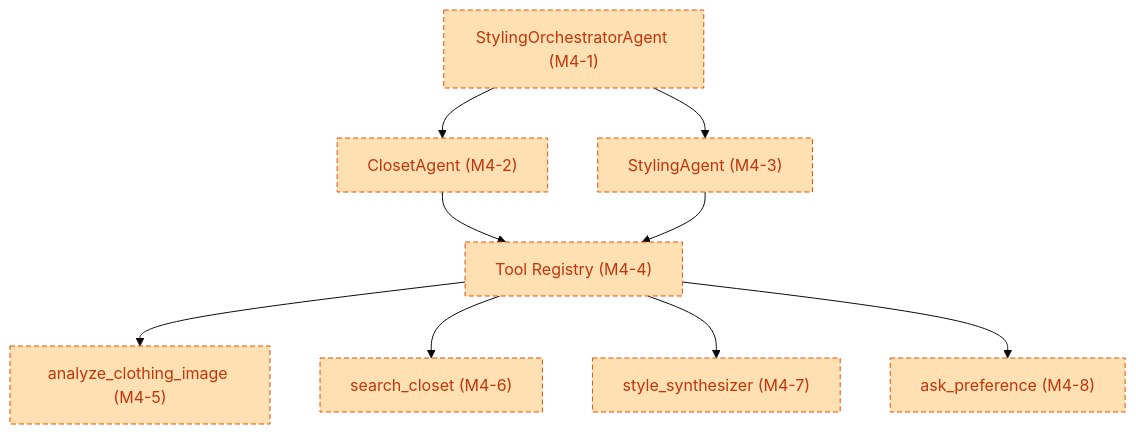
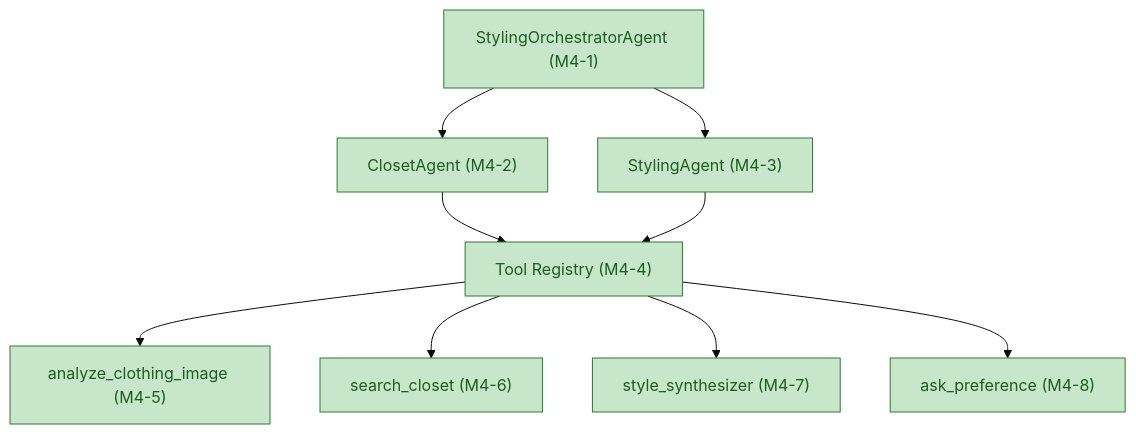
Before and after one commit to RanArino/gen-fashion: the fourth of 8 diagrams in docs/architecture-overview.md, drawn with Mermaid (base theme). The commit also changed other lines of this file, not shown here.

First line of the commit message:
docs(architecture-overview): update implementation status and clarify agent service details

````diff
--- a/docs/architecture-overview.md
+++ b/docs/architecture-overview.md
@@ -206,20 +208,20 @@
 ```mermaid
 flowchart TB
   orch["StylingOrchestratorAgent (M4-1)"]
   closet["ClosetAgent (M4-2)"]
   styling["StylingAgent (M4-3)"]
   reg["Tool Registry (M4-4)"]
   t1["analyze_clothing_image (M4-5)"]
   t2["search_closet (M4-6)"]
   t3["style_synthesizer (M4-7)"]
   t4["ask_preference (M4-8)"]
 
   orch --> closet
   orch --> styling
   closet --> reg
   styling --> reg
   reg --> t1 & t2 & t3 & t4
 
-  classDef stub fill:#ffe0b2,stroke:#e65100,color:#bf360c,stroke-dasharray:5 3;
-  class orch,closet,styling,reg,t1,t2,t3,t4 stub;
+  classDef done fill:#c8e6c9,stroke:#2e7d32,color:#1b5e20;
+  class orch,closet,styling,reg,t1,t2,t3,t4 done;
 ```
````
